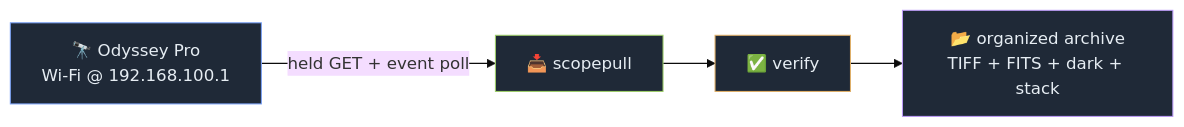
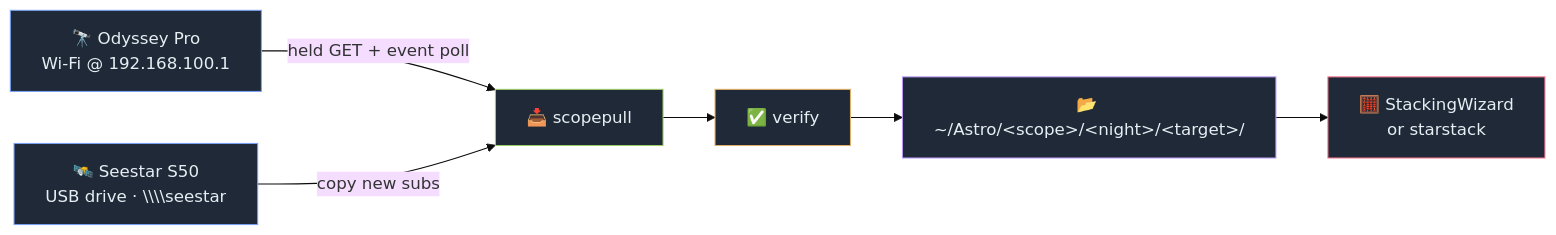
One commit to kylefoxaustin/scopepull changed the first of 3 diagrams in README.md. Above: the diagram before and after it, drawn with Mermaid (base theme). The commit also changed other lines of this file and 2 other files, not shown here.

````diff
--- a/README.md
+++ b/README.md
@@ -35,10 +57,14 @@
 ```mermaid
 flowchart LR
     A["🔭 Odyssey Pro<br/>Wi-Fi @ 192.168.100.1"] -->|"held GET + event poll"| B["📥 scopepull"]
+    S["🛰️ Seestar S50<br/>USB drive · \\\\seestar"] -->|"copy new subs"| B
     B --> C["✅ verify"]
-    C --> D["📂 organized archive<br/>TIFF + FITS + dark + stack"]
+    C --> D["📂 ~/Astro/&lt;scope&gt;/&lt;night&gt;/&lt;target&gt;/"]
+    D --> E["🧮 StackingWizard<br/>or starstack"]
     style A fill:#1f2937,stroke:#7aa2f7,color:#e6edf3
+    style S fill:#1f2937,stroke:#7aa2f7,color:#e6edf3
     style B fill:#1f2937,stroke:#9ece6a,color:#e6edf3
     style C fill:#1f2937,stroke:#e0af68,color:#e6edf3
     style D fill:#1f2937,stroke:#bb9af7,color:#e6edf3
+    style E fill:#1f2937,stroke:#f7768e,color:#e6edf3
 ```
````
